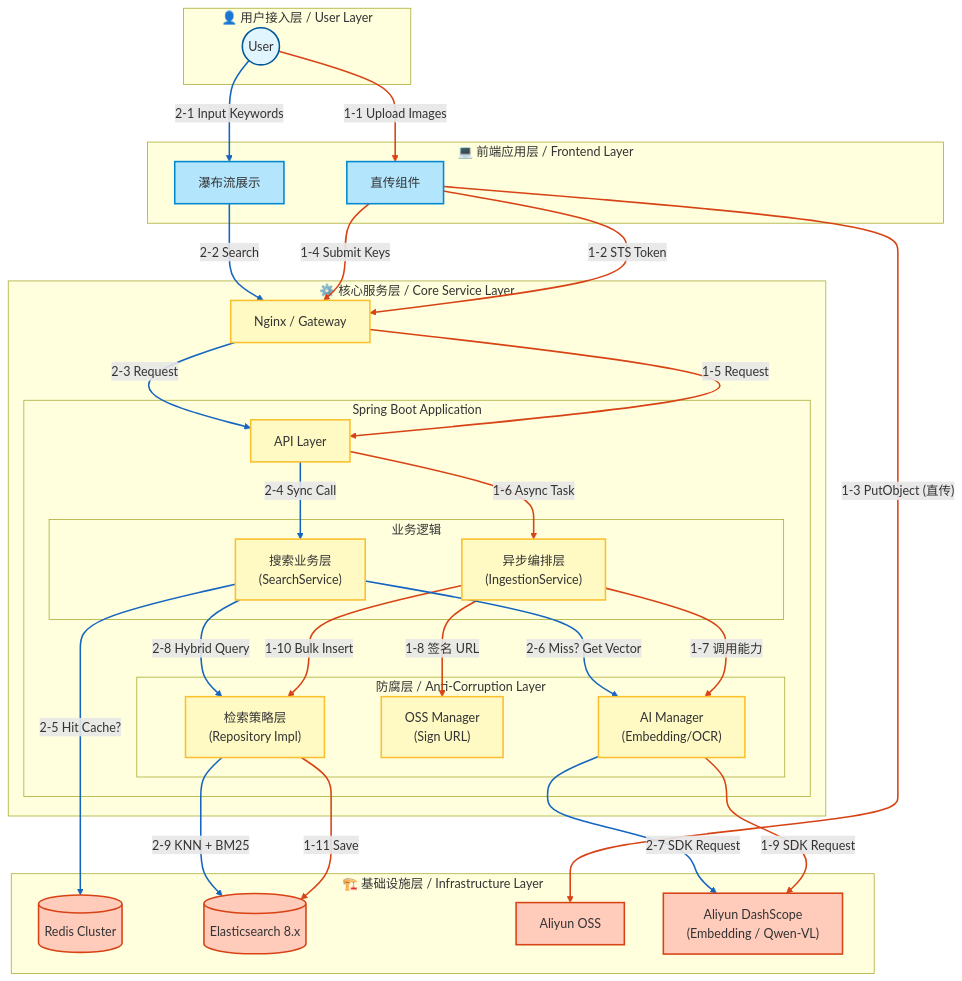
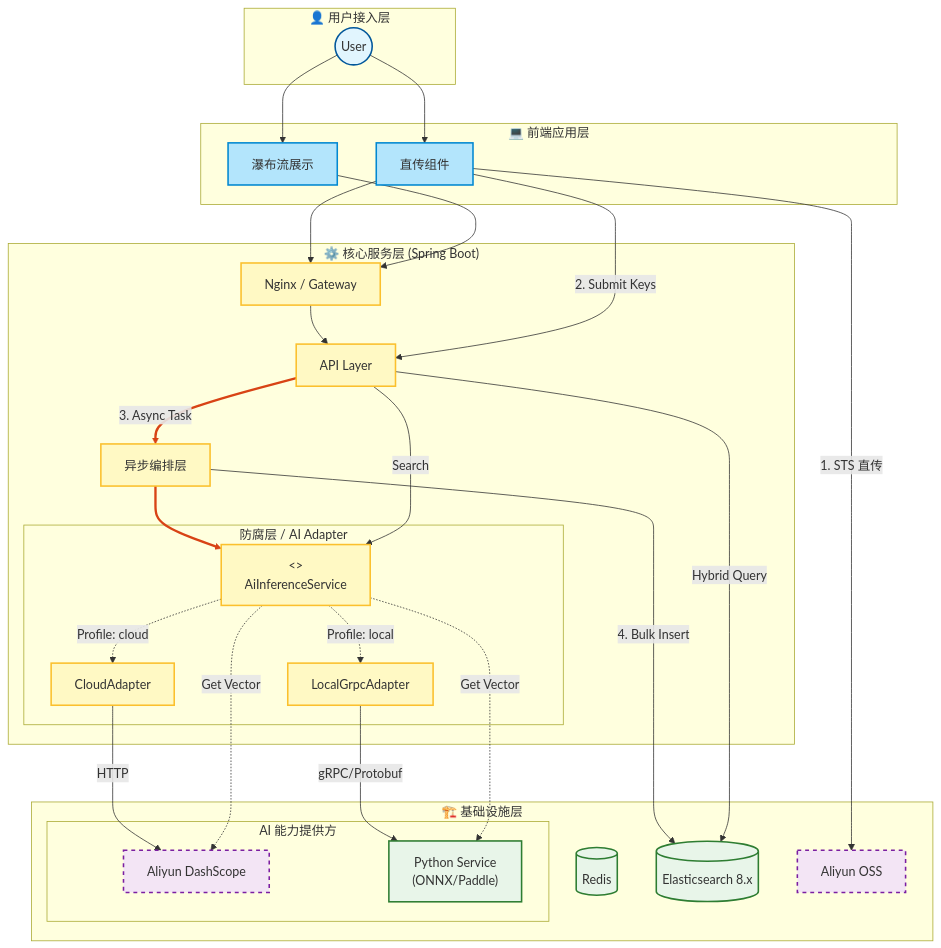
One commit to ryanmeowy/smart-vision changed the first of 2 diagrams in README.md. Above: the diagram before and after it, drawn with Mermaid. The commit also changed other lines of this file, not shown here.

Commit message:
docs: Update README to refine system architecture and functional descriptions

````diff
--- a/README.md
+++ b/README.md
@@ -42,81 +35,71 @@
     classDef user fill:#e1f5fe,stroke:#01579b,stroke-width:2px;
     classDef frontend fill:#b3e5fc,stroke:#0288d1,stroke-width:2px;
     classDef backend fill:#fff9c4,stroke:#fbc02d,stroke-width:2px;
-    classDef infra fill:#ffccbc,stroke:#d84315,stroke-width:2px;
+    classDef local fill:#e8f5e9,stroke:#2e7d32,stroke-width:2px;
+    classDef cloud fill:#f3e5f5,stroke:#7b1fa2,stroke-width:2px,stroke-dasharray: 5 5;
     
-    %% ================= 1. 用户层 =================
-    subgraph Layer_1 [👤 用户接入层 / User Layer]
+    %% ================= 层级结构 =================
+    subgraph Layer_User [👤 用户接入层]
         User((User)):::user
     end
 
-    %% ================= 2. 前端应用层 =================
-    subgraph Layer_2 [💻 前端应用层 / Frontend Layer]
+    subgraph Layer_Frontend [💻 前端应用层]
         Uploader[直传组件]:::frontend
         SearchUI[瀑布流展示]:::frontend
     end
 
-    %% ================= 3. 核心服务层 =================
-    subgraph Layer_3 [⚙️ 核心服务层 / Core Service Layer]
+    subgraph Layer_Core ["⚙️ 核心服务层 (Spring Boot)"]
         Gateway[Nginx / Gateway]:::backend
+        Controller[API Layer]:::backend
+        AsyncService[异步编排层]:::backend
         
-        subgraph SpringBoot [Spring Boot Application]
-            Controller[API Layer]:::backend
-            
-            subgraph Business_Logic [业务逻辑]
-                AsyncService["异步编排层<br>(IngestionService)"]:::backend
-                SearchService["搜索业务层<br>(SearchService)"]:::backend
-            end
-            
-            subgraph ACL_Layer [防腐层 / Anti-Corruption Layer]
-                ACL_AI["AI Manager<br>(Embedding/OCR)"]:::backend
-                ACL_OSS["OSS Manager<br>(Sign URL)"]:::backend
-                Strategy["检索策略层<br>(Repository Impl)"]:::backend
-            end
+        subgraph ACL [防腐层 / AI Adapter]
+            Interface[<<Interface>>\nAiInferenceService]:::backend
+            CloudImpl[CloudAdapter]:::backend
+            LocalImpl[LocalGrpcAdapter]:::backend
         end
     end
 
-    %% ================= 4. 基础设施层 =================
-    subgraph Layer_4 [🏗️ 基础设施层 / Infrastructure Layer]
-        Redis[(Redis Cluster)]:::infra
-        ES[(Elasticsearch 8.x)]:::infra
-        OSS[Aliyun OSS]:::infra
-        AI_SaaS["Aliyun DashScope<br>(Embedding / Qwen-VL)"]:::infra
+    subgraph Layer_Infra [🏗️ 基础设施层]
+        Redis[(Redis)]:::local
+        ES[(Elasticsearch 8.x)]:::local
+        OSS[Aliyun OSS]:::cloud
+        
+        subgraph AI_Provider [AI 能力提供方]
+            SaaS_API[Aliyun DashScope]:::cloud
+            Local_Python["Python Service\n(ONNX/Paddle)"]:::local
+        end
     end
 
-    %% ==========================================
-    %% 链路连接
-    %% ==========================================
+    %% ================= 链路连接 =================
 
-    %% 0. 接入
-    User -- "1-1 Upload Images" --> Uploader
-    User -- "2-1 Input Keywords" --> SearchUI
+    %% 1. 接入
+    User --> Uploader
+    User --> SearchUI
+    Uploader & SearchUI --> Gateway
+    Gateway --> Controller
 
-    %% 1. 写入链路 (Write Path) - 红色
-    Uploader -- "1-2 STS Token" --> Gateway
-    Uploader -- "1-3 PutObject (直传)" --> OSS
-    Uploader -- "1-4 Submit Keys" --> Gateway
-    Gateway -- "1-5 Request" -->Controller
-    Controller -- "1-6 Async Task" --> AsyncService
-    AsyncService -- "1-7 调用能力" --> ACL_AI
-    AsyncService -- "1-8 签名 URL" --> ACL_OSS
-    ACL_AI -- "1-9 SDK Request" --> AI_SaaS
-    AsyncService -- "1-10 Bulk Insert" --> Strategy
-    Strategy -- "1-11 Save" --> ES
+    %% 2. 写入链路 (Write Path)
+    Uploader -- "1. STS 直传" --> OSS
+    Uploader -- "2. Submit Keys" --> Controller
+    Controller -- "3. Async Task" --> AsyncService
+    
+    %% 3. AI 推理路由 (核心亮点)
+    AsyncService --> Interface
+    Interface -.->|Profile: cloud| CloudImpl
+    Interface -.->|Profile: local| LocalImpl
+    
+    CloudImpl -- "HTTP" --> SaaS_API
+    LocalImpl -- "gRPC/Protobuf" --> Local_Python
+    
+    %% 4. 存储
+    AsyncService -- "4. Bulk Insert" --> ES
 
-    %% 2. 读取链路 (Read Path) - 蓝色
-    SearchUI -- "2-2 Search" --> Gateway
-    Gateway --"2-3 Request"--> Controller
-    Controller --"2-4 Sync Call"--> SearchService
-    SearchService -- "2-5 Hit Cache?" --> Redis
-    SearchService -- "2-6 Miss? Get Vector" --> ACL_AI
-    ACL_AI -- "2-7 SDK Request" --> AI_SaaS
-    SearchService -- "2-8 Hybrid Query" --> Strategy
-    Strategy -- "2-9 KNN + BM25" --> ES
+    %% 5. 读取链路
+    Controller -- "Search" --> Interface
+    Interface -.->|Get Vector| SaaS_API & Local_Python
+    Controller -- "Hybrid Query" --> ES
 
     %% ================= 样式微调 =================
-    %% 写入链路 (红)
-    linkStyle 0,2,3,4,5,6,7,8,9,10,11 stroke:#d84315,stroke-width:2px;
-
-    %% 读取链路 (蓝)
-     linkStyle 1,12,13,14,15,16,17,18,19 stroke:#1565c0,stroke-width:2px;
+    linkStyle 7,8 stroke:#d84315,stroke-width:3px; 
 ```
````
